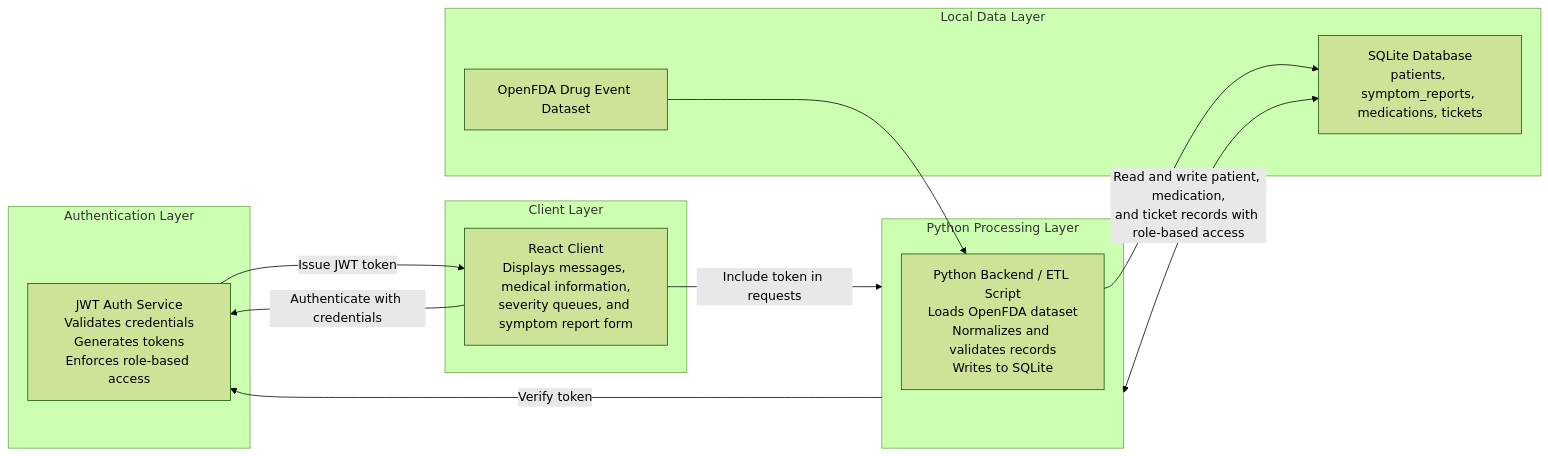
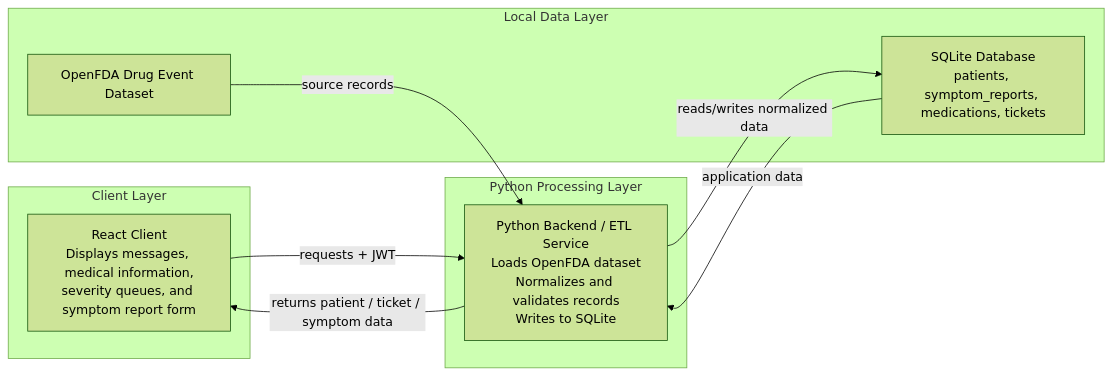
Before and after one commit to bodonnell-DePaul/csc394-5: the diagram in week3-api-documentation/02-architecture.md, drawn with Mermaid (forest theme). The commit also changed other lines of this file, not shown here.

Commit message:
Revise architecture documentation for clarity and accuracy
Updated architecture documentation to reflect changes in component descriptions and relationships, including modifications to the Authentication Layer and Python Backend.

````diff
--- a/week3-api-documentation/02-architecture.md
+++ b/week3-api-documentation/02-architecture.md
@@ -5,27 +5,21 @@
 ```mermaid
 flowchart LR
-    subgraph Auth["Authentication Layer"]
-        AuthService["JWT Auth Service<br/>Validates credentials<br/>Generates tokens<br/>Enforces role-based access"]
-    end
-
     subgraph Client["Client Layer"]
         UI["React Client<br/>Displays messages, medical information,<br/>severity queues, and symptom report form"]
     end
 
     subgraph Backend["Python Processing Layer"]
-        PY["Python Backend / ETL Script<br/>Loads OpenFDA dataset<br/>Normalizes and validates records<br/>Writes to SQLite"]
+        PY["Python Backend / ETL Service<br/>Loads OpenFDA dataset<br/>Normalizes and validates records<br/>Writes to SQLite"]
     end
 
     subgraph Data["Local Data Layer"]
         Dataset["OpenFDA Drug Event Dataset"]
         SQLite["SQLite Database<br/>patients, symptom_reports, medications, tickets"]
     end
 
-    UI -->|"Authenticate with credentials"| AuthService
-    AuthService -->|"Issue JWT token"| UI
-    UI -->|"Include token in requests"| Backend
-    Backend -->|"Verify token"| AuthService
-    Dataset --> PY
-    PY --> SQLite
-    Backend <-->|"Read and write patient, medication,<br/>and ticket records with role-based access"| SQLite
+    UI -->|requests + JWT| PY
+    PY -->|returns patient / ticket / symptom data| UI
+    Dataset -->|source records| PY
+    PY -->|reads/writes normalized data| SQLite
+    SQLite -->|application data| PY
 ```
````
